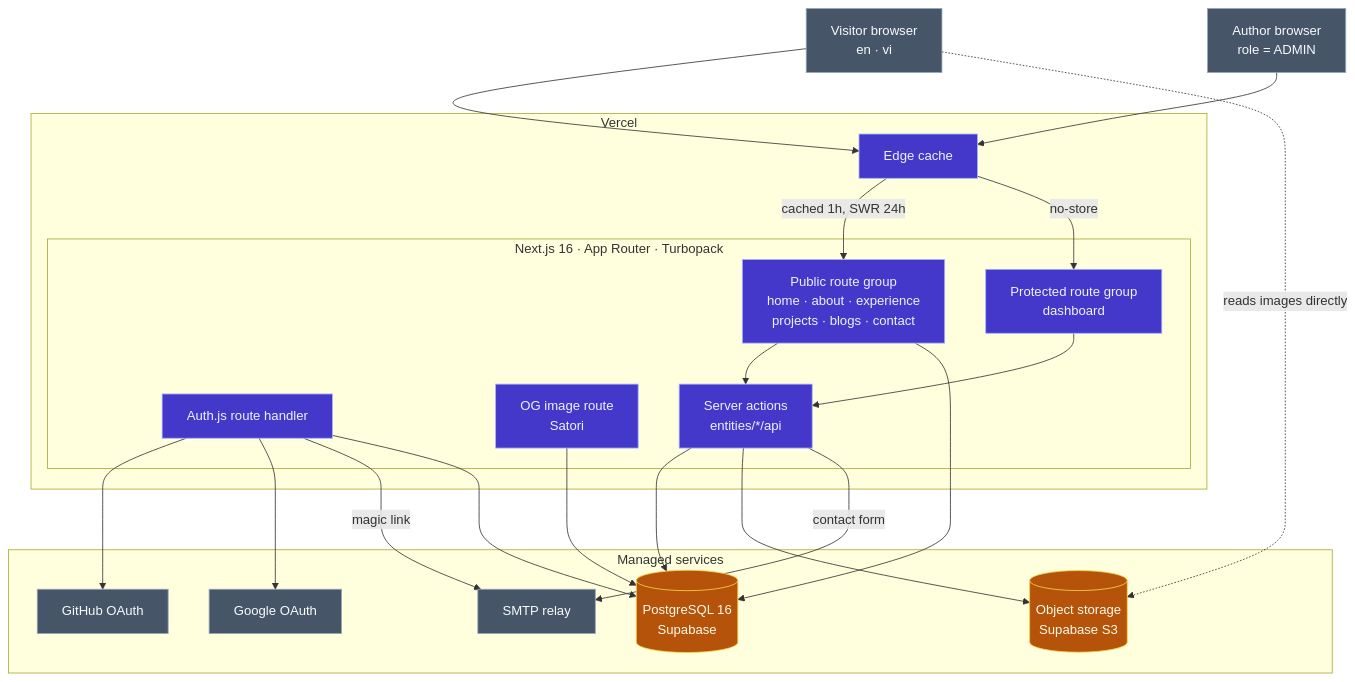
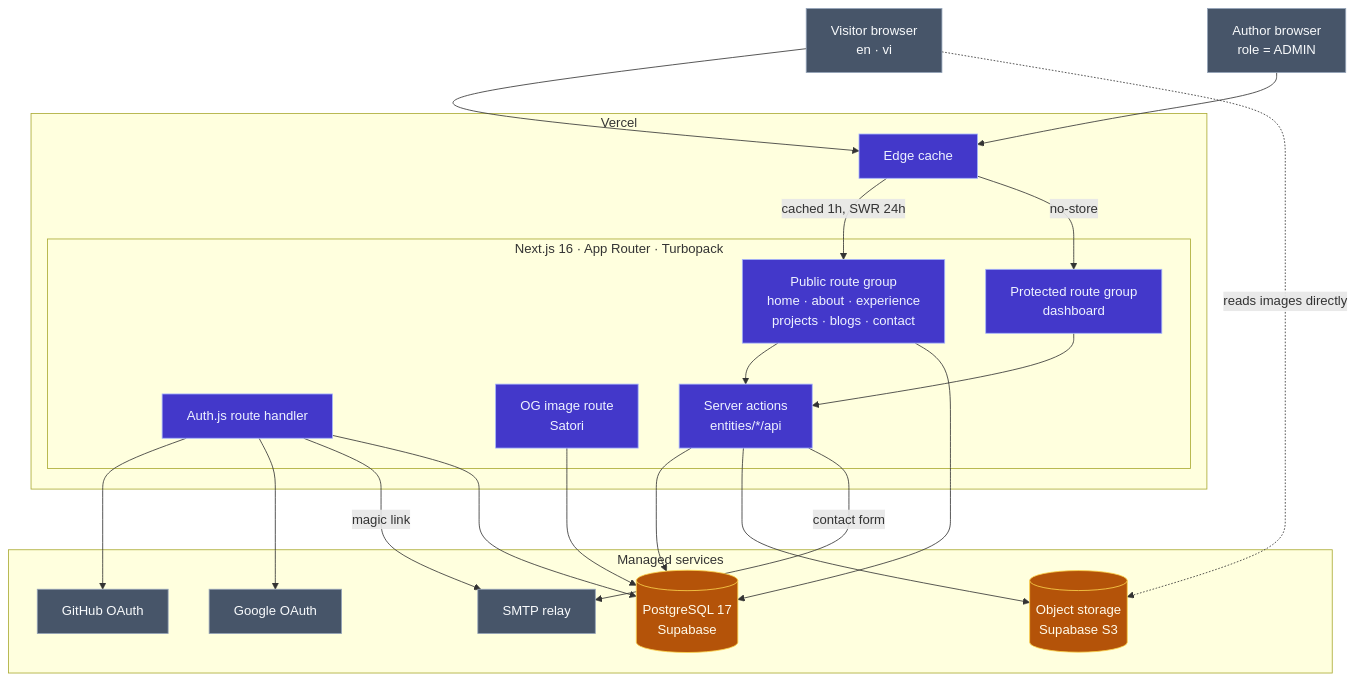
The first of 7 diagrams in docs/architecture.md (lthphuw/byte-of-me), drawn with Mermaid before and after one commit. The commit also changed other lines of this file and 15 other files, not shown here.

````diff
--- a/docs/architecture.md
+++ b/docs/architecture.md
@@ -33,54 +33,54 @@
 ```mermaid
 flowchart TB
     V["Visitor browser<br/>en · vi"]
     A["Author browser<br/>role = ADMIN"]
 
     subgraph vercel["Vercel"]
         CDN["Edge cache"]
 
         subgraph next["Next.js 16 · App Router · Turbopack"]
             PUB["Public route group<br/>home · about · experience<br/>projects · blogs · contact"]
             PROT["Protected route group<br/>dashboard"]
             AUTHR["Auth.js route handler"]
             OG["OG image route<br/>Satori"]
             ACT["Server actions<br/>entities/*/api"]
         end
     end
 
     subgraph managed["Managed services"]
-        PG[("PostgreSQL 16<br/>Supabase")]
+        PG[("PostgreSQL 17<br/>Supabase")]
         S3[("Object storage<br/>Supabase S3")]
         SMTP["SMTP relay"]
         GH["GitHub OAuth"]
         GO["Google OAuth"]
     end
 
     V --> CDN
     A --> CDN
     CDN -->|"cached 1h, SWR 24h"| PUB
     CDN -->|"no-store"| PROT
 
     PUB --> ACT
     PROT --> ACT
     ACT --> PG
     ACT --> S3
     ACT -->|"contact form"| SMTP
 
     PUB --> PG
     OG --> PG
 
     AUTHR --> GH
     AUTHR --> GO
     AUTHR -->|"magic link"| SMTP
     AUTHR --> PG
 
     V -.->|"reads images directly"| S3
 
     classDef app fill:#4338ca,stroke:#a5b4fc,color:#eef2ff
     classDef data fill:#b45309,stroke:#fcd34d,color:#fffbeb
     classDef ext fill:#475569,stroke:#94a3b8,color:#f8fafc
 
     class PUB,PROT,AUTHR,OG,ACT,CDN app
     class PG,S3 data
     class V,A,SMTP,GH,GO ext
 ```
````
